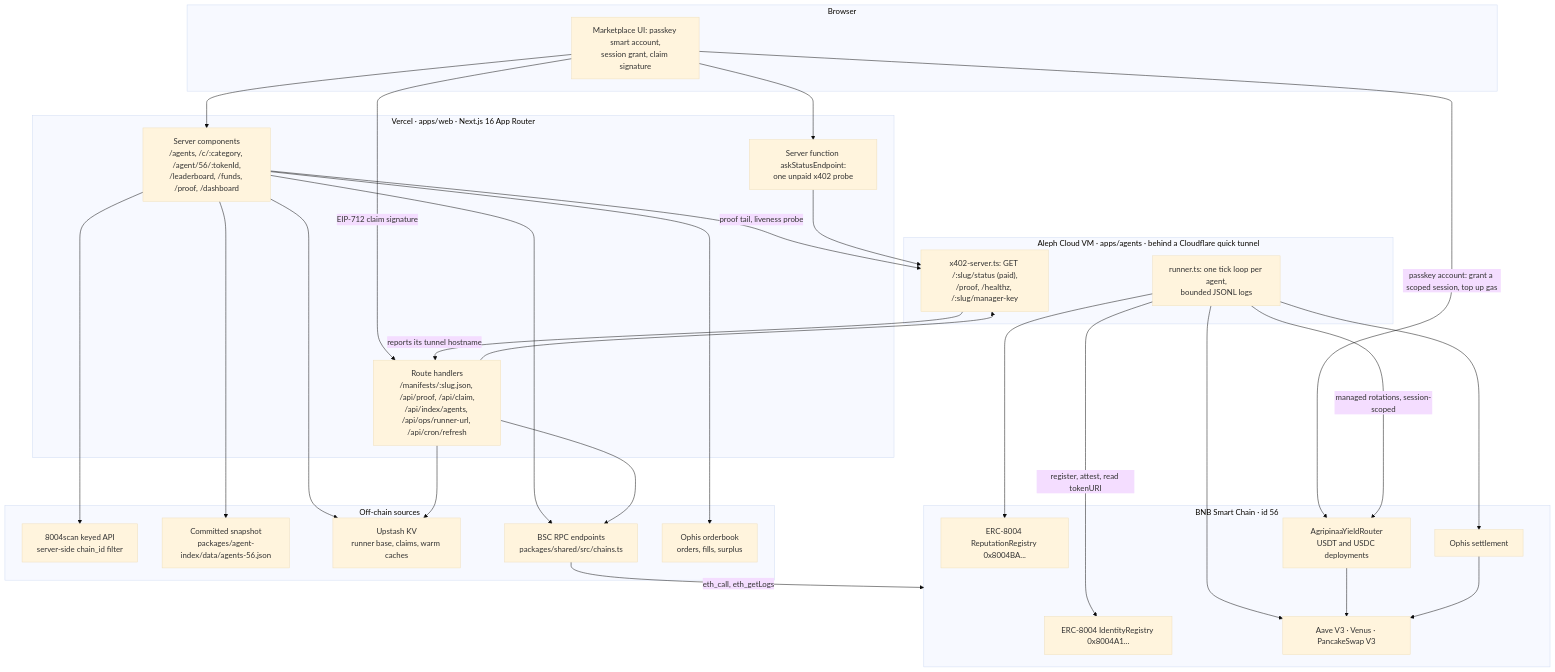
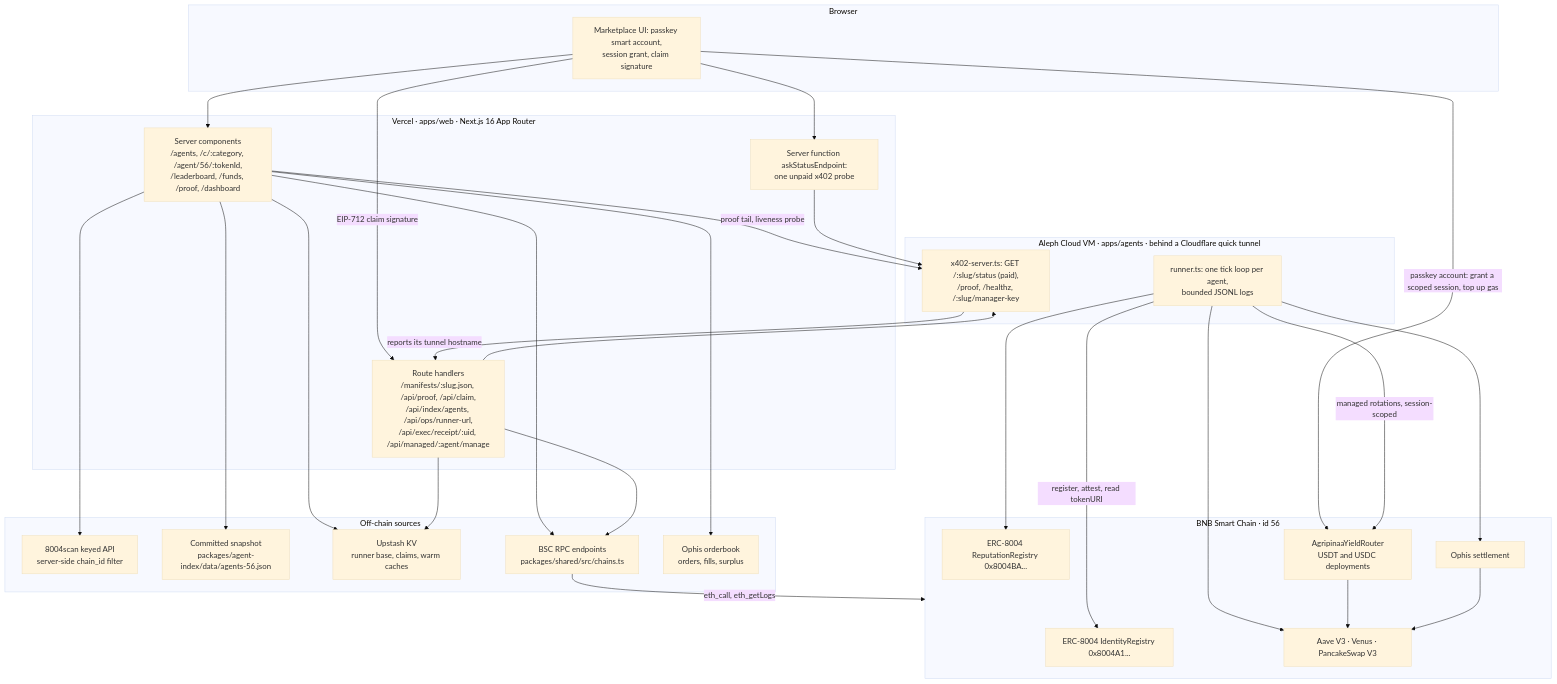
Before and after one commit to san-npm/agripinaa: the diagram in docs/architecture.md, drawn with Mermaid (base theme). The commit also changed other lines of this file and 2 other files, not shown here.

````diff
--- a/docs/architecture.md
+++ b/docs/architecture.md
@@ -15,57 +15,57 @@
 ```mermaid
 flowchart TB
   subgraph B["Browser"]
     UI["Marketplace UI: passkey smart account,<br/>session grant, claim signature"]
   end
 
   subgraph V["Vercel · apps/web · Next.js 16 App Router"]
     SC["Server components<br/>/agents, /c/:category, /agent/56/:tokenId,<br/>/leaderboard, /funds, /proof, /dashboard"]
-    RH["Route handlers<br/>/manifests/:slug.json, /api/proof, /api/claim,<br/>/api/index/agents, /api/ops/runner-url, /api/cron/refresh"]
+    RH["Route handlers<br/>/manifests/:slug.json, /api/proof, /api/claim,<br/>/api/index/agents, /api/ops/runner-url,<br/>/api/exec/receipt/:uid, /api/managed/:agent/manage"]
     SF["Server function askStatusEndpoint:<br/>one unpaid x402 probe"]
   end
 
   subgraph D["Off-chain sources"]
     SCAN["8004scan keyed API<br/>server-side chain_id filter"]
     SNAP["Committed snapshot<br/>packages/agent-index/data/agents-56.json"]
     KV["Upstash KV<br/>runner base, claims, warm caches"]
     RPC["BSC RPC endpoints<br/>packages/shared/src/chains.ts"]
     OB["Ophis orderbook<br/>orders, fills, surplus"]
   end
 
   subgraph R["Aleph Cloud VM · apps/agents · behind a Cloudflare quick tunnel"]
     RUN["runner.ts: one tick loop per agent,<br/>bounded JSONL logs"]
     X4["x402-server.ts: GET /:slug/status (paid),<br/>/proof, /healthz, /:slug/manager-key"]
   end
 
   subgraph C["BNB Smart Chain · id 56"]
     ID["ERC-8004 IdentityRegistry 0x8004A1..."]
     REP["ERC-8004 ReputationRegistry 0x8004BA..."]
     RT["AgripinaaYieldRouter<br/>USDT and USDC deployments"]
     VEN["Aave V3 · Venus · PancakeSwap V3"]
     ST["Ophis settlement"]
   end
 
   UI --> SC
   UI --> SF
   UI -->|"passkey account: grant a scoped session, top up gas"| RT
   UI -->|"EIP-712 claim signature"| RH
   SC --> SCAN
   SC --> SNAP
   SC --> KV
   SC --> OB
   SC --> RPC
   RPC -->|"eth_call, eth_getLogs"| C
   SC -->|"proof tail, liveness probe"| X4
   SF --> X4
   RH --> KV
   RH --> RPC
   RH --> X4
   RUN --> ST
   RUN --> VEN
   RUN -->|"managed rotations, session-scoped"| RT
   RUN -->|"register, attest, read tokenURI"| ID
   RUN --> REP
   RT --> VEN
   ST --> VEN
   X4 -->|"reports its tunnel hostname"| RH
 ```
````
